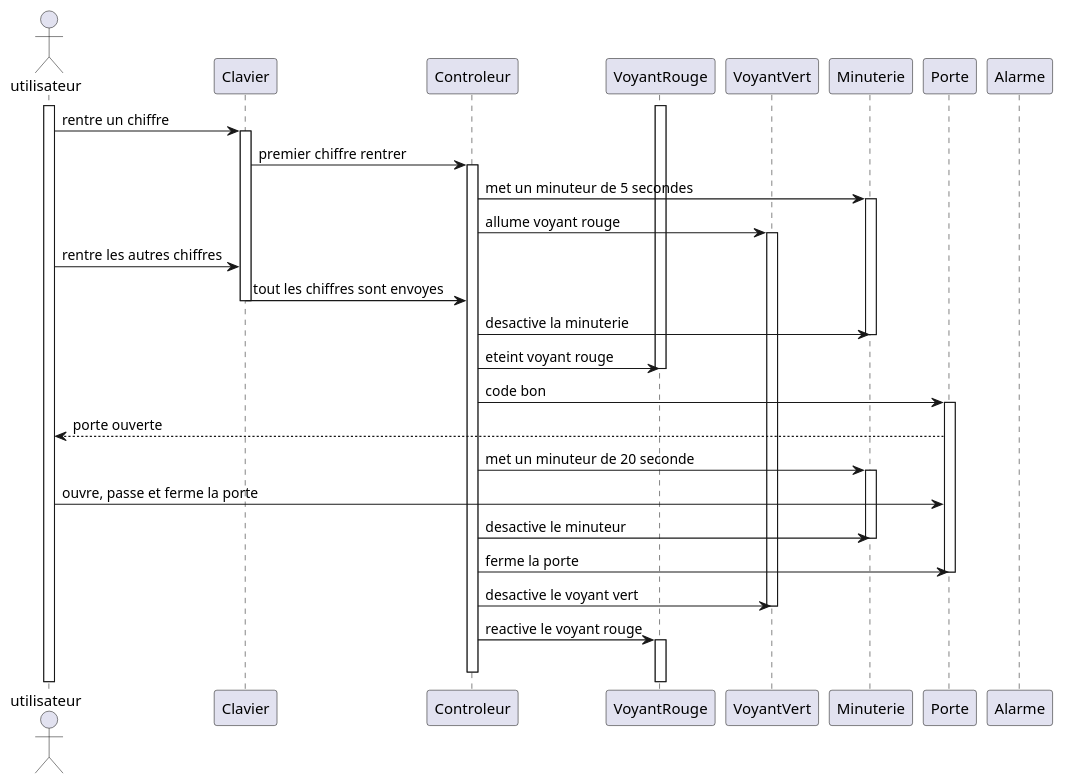
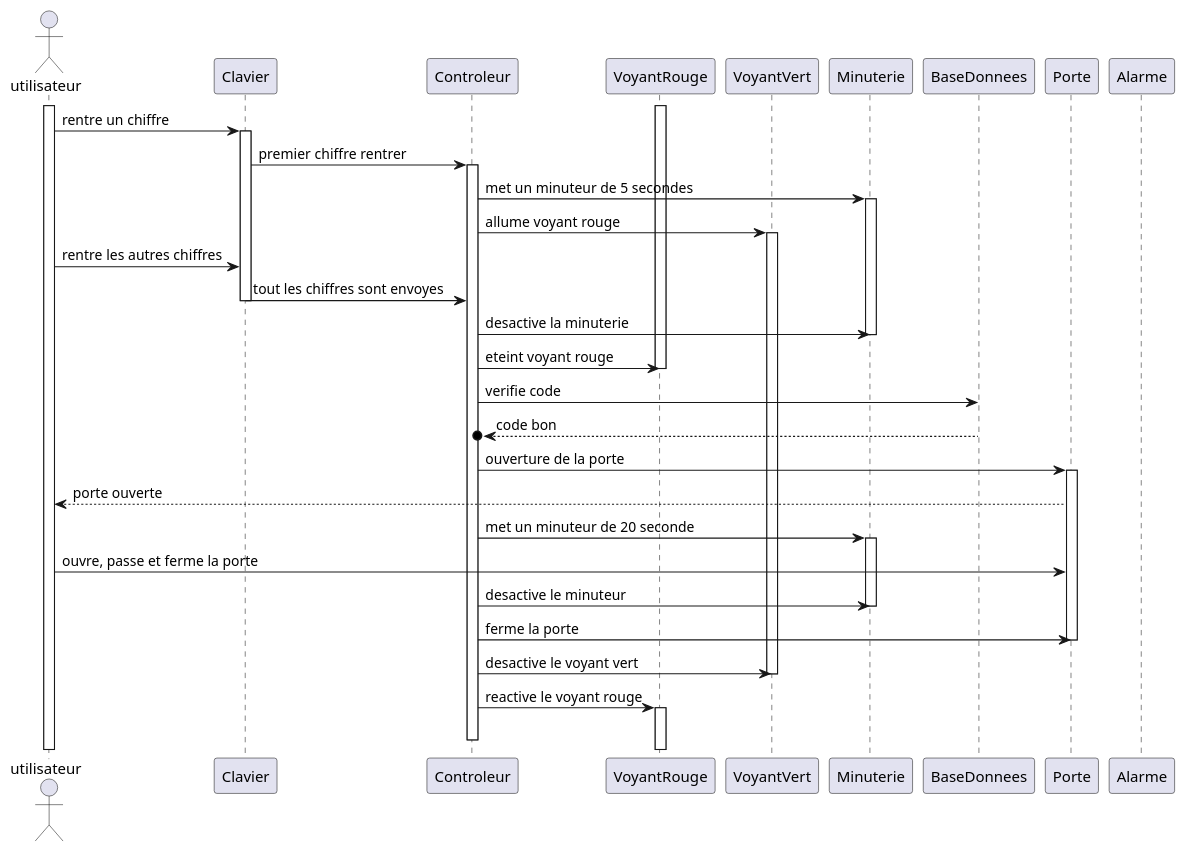
One commit to JolanRAMBEAUX/Analyse_TD7 changed the diagram in diagramSequence/flawlessDiagram.md. Above: the diagram before and after it, drawn with PlantUML.

Commit message:
Add database participant and update code verification
Added database participant and updated interactions to verify code before opening the door.

````diff
--- a/diagramSequence/flawlessDiagram.md
+++ b/diagramSequence/flawlessDiagram.md
@@ -1,53 +1,57 @@
 ```plantuml
 @startuml
 actor utilisateur as user
 participant Clavier as kBoard
 participant Controleur as ctrl
 participant VoyantRouge as voyR
 participant VoyantVert as voyV
 participant Minuterie as minut
+participant BaseDonnees as BD
 participant Porte as port
 participant Alarme as alrm
 
 activate voyR
 activate user
 
 user -> kBoard : rentre un chiffre
 activate kBoard
 
 kBoard -> ctrl : premier chiffre rentrer
 activate ctrl
 
 ctrl -> minut : met un minuteur de 5 secondes
 activate minut
 ctrl -> voyV : allume voyant rouge
 activate voyV
 
 user -> kBoard : rentre les autres chiffres
 kBoard -> ctrl : tout les chiffres sont envoyes
 deactivate kBoard
 
 ctrl -> minut : desactive la minuterie
 deactivate minut
 ctrl -> voyR : eteint voyant rouge
 deactivate voyR
 
-ctrl -> port : code bon
+ctrl -> BD : verifie code
+BD -->o ctrl : code bon
+
+ctrl -> port : ouverture de la porte
 activate port
 port --> user : porte ouverte
 ctrl -> minut : met un minuteur de 20 seconde
 activate minut
 
 user -> port : ouvre, passe et ferme la porte
 ctrl -> minut : desactive le minuteur
 deactivate minut
 ctrl -> port : ferme la porte
 deactivate port
 ctrl -> voyV : desactive le voyant vert
 deactivate voyV
 ctrl -> voyR : reactive le voyant rouge
 activate voyR
 deactivate ctrl
 
 @enduml
 ```
````
